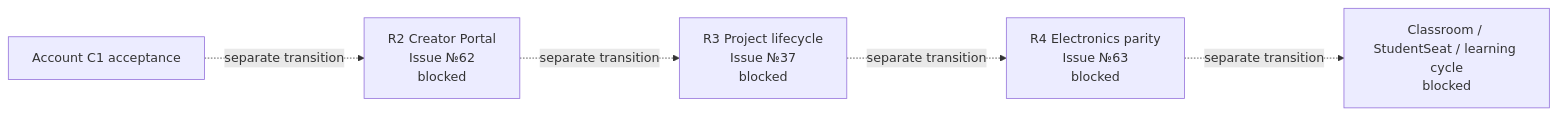
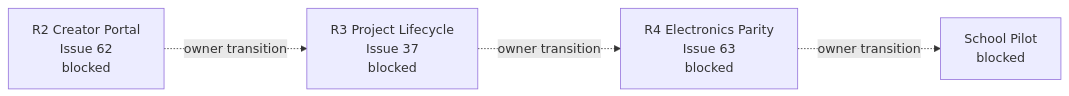
One commit to spikeal8-maker/asa-lab changed the second of 3 diagrams in docs/project-map/PROJECT_MAP.md. Above: the diagram before and after it, drawn with Mermaid. The commit also changed other lines of this file, not shown here.

Commit message:
docs: render completed Account queue and blocked roadmap

````diff
--- a/docs/project-map/PROJECT_MAP.md
+++ b/docs/project-map/PROJECT_MAP.md
@@ -43,13 +40,11 @@
 ```mermaid
 flowchart LR
-    ACCOUNT[Account C1 acceptance]
-    R2[R2 Creator Portal<br/>Issue №62<br/>blocked]
-    R3[R3 Project lifecycle<br/>Issue №37<br/>blocked]
-    R4[R4 Electronics parity<br/>Issue №63<br/>blocked]
-    SCHOOL[Classroom / StudentSeat / learning cycle<br/>blocked]
+    R2[R2 Creator Portal<br/>Issue 62<br/>blocked]
+    R3[R3 Project Lifecycle<br/>Issue 37<br/>blocked]
+    R4[R4 Electronics Parity<br/>Issue 63<br/>blocked]
+    PILOT[School Pilot<br/>blocked]
 
-    ACCOUNT -. separate transition .-> R2
-    R2 -. separate transition .-> R3
-    R3 -. separate transition .-> R4
-    R4 -. separate transition .-> SCHOOL
+    R2 -. owner transition .-> R3
+    R3 -. owner transition .-> R4
+    R4 -. owner transition .-> PILOT
 ```
````
